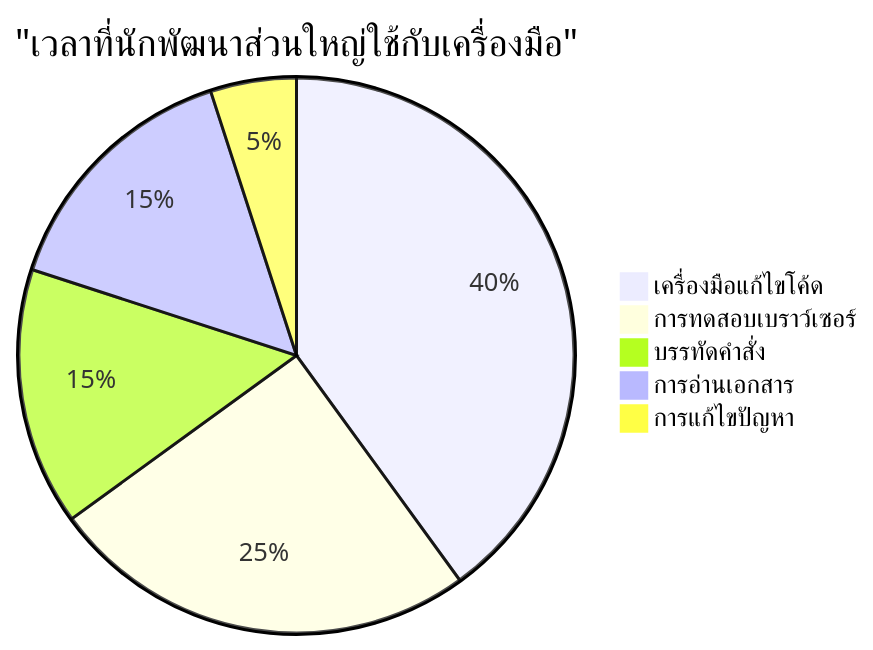
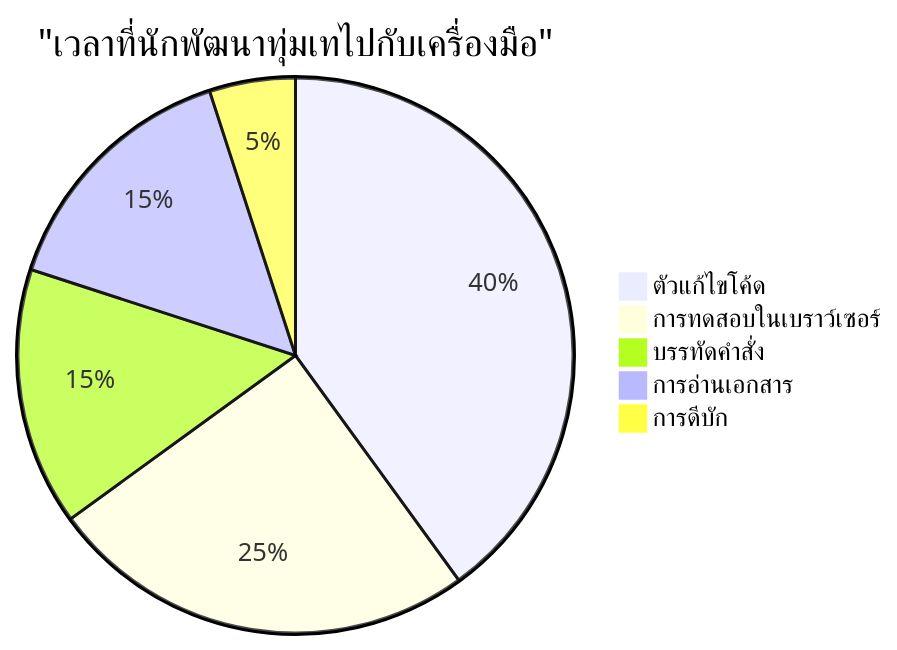
Before and after one commit to microsoft/Web-Dev-For-Beginners: the sixth of 7 diagrams in translations/th/1-getting-started-lessons/1-intro-to-programming-languages/README.md, drawn with Mermaid. The commit also changed other lines of this file and 8 other files, not shown here.

````diff
--- a/translations/th/1-getting-started-lessons/1-intro-to-programming-languages/README.md
+++ b/translations/th/1-getting-started-lessons/1-intro-to-programming-languages/README.md
@@ -711,8 +710,8 @@
 ```mermaid
-pie title "เวลาที่นักพัฒนาส่วนใหญ่ใช้กับเครื่องมือ"
-    "เครื่องมือแก้ไขโค้ด" : 40
-    "การทดสอบเบราว์เซอร์" : 25
+pie title "เวลาที่นักพัฒนาทุ่มเทไปกับเครื่องมือ"
+    "ตัวแก้ไขโค้ด" : 40
+    "การทดสอบในเบราว์เซอร์" : 25
     "บรรทัดคำสั่ง" : 15
     "การอ่านเอกสาร" : 15
-    "การแก้ไขปัญหา" : 5
+    "การดีบัก" : 5
 ```
````
